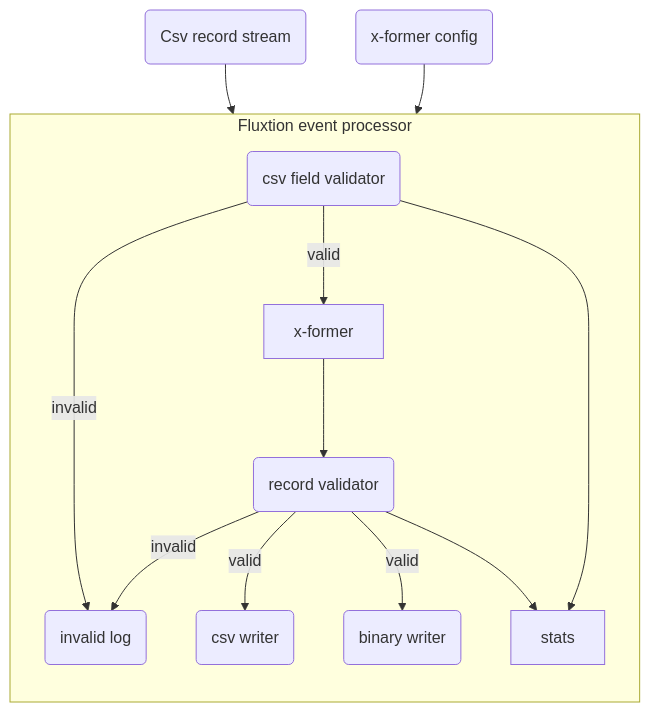
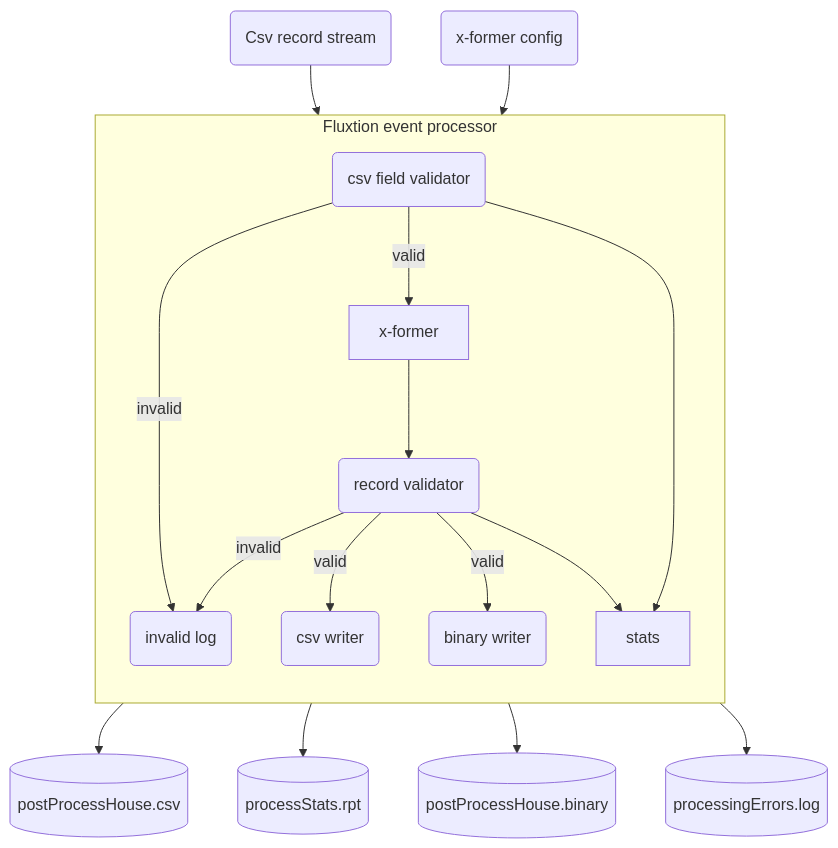
One commit to v12technology/fluxtion changed the diagram in docs/sections/examples/data_ingestion.md. Above: the diagram before and after it, drawn with Mermaid. The commit also changed other lines of this file, not shown here.

````diff
--- a/docs/sections/examples/data_ingestion.md
+++ b/docs/sections/examples/data_ingestion.md
@@ -38,15 +39,19 @@
 ```mermaid
 flowchart TB
   subgraph Fluxtion [Fluxtion event processor]
     direction TB
     csv_validator(csv field validator) -- invalid --> invalid(invalid log)
     csv_validator -- valid --> x-former
     x-former --> record_validator(record validator)
     record_validator -- invalid --> invalid
     record_validator -- valid --> csv_writer(csv writer) & binary_writer(binary writer) 
     record_validator & csv_validator --> stats
   end
   input(Csv record stream) --> csv_validator 
   config(x-former config) --> x-former 
 
+  csv_writer --> postProcessHouse.csv[(postProcessHouse.csv)]
+  stats --> processStats.rpt[(processStats.rpt)]
+  binary_writer --> postProcessHouse.binary[(postProcessHouse.binary)]
+  invalid --> processingErrors.log[(processingErrors.log)]
 ```
````
